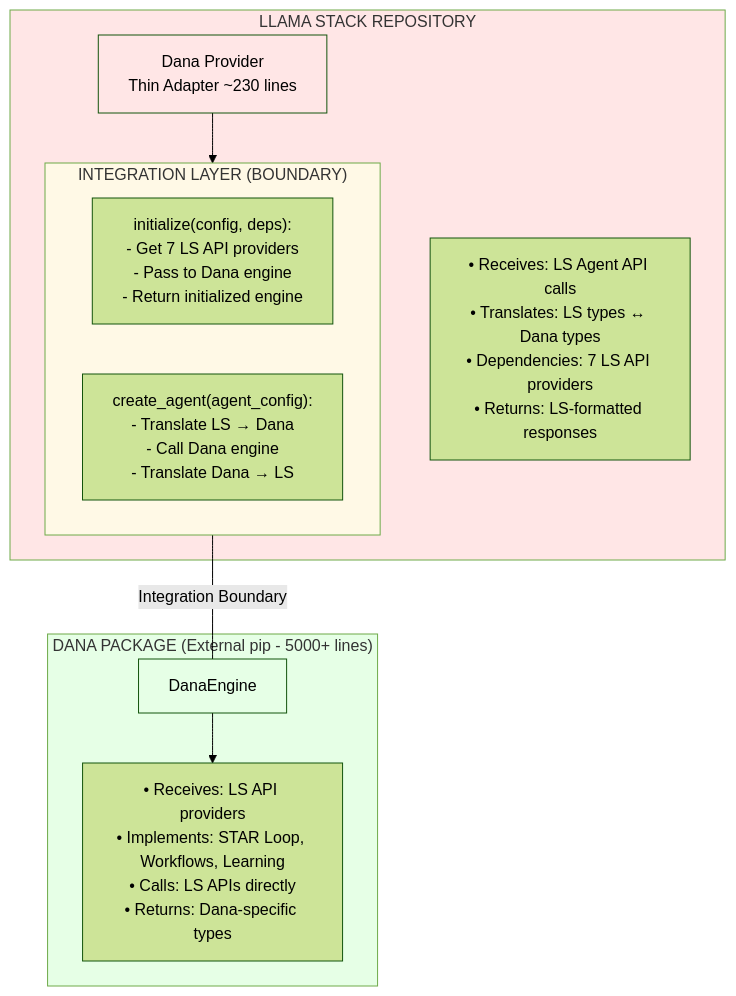
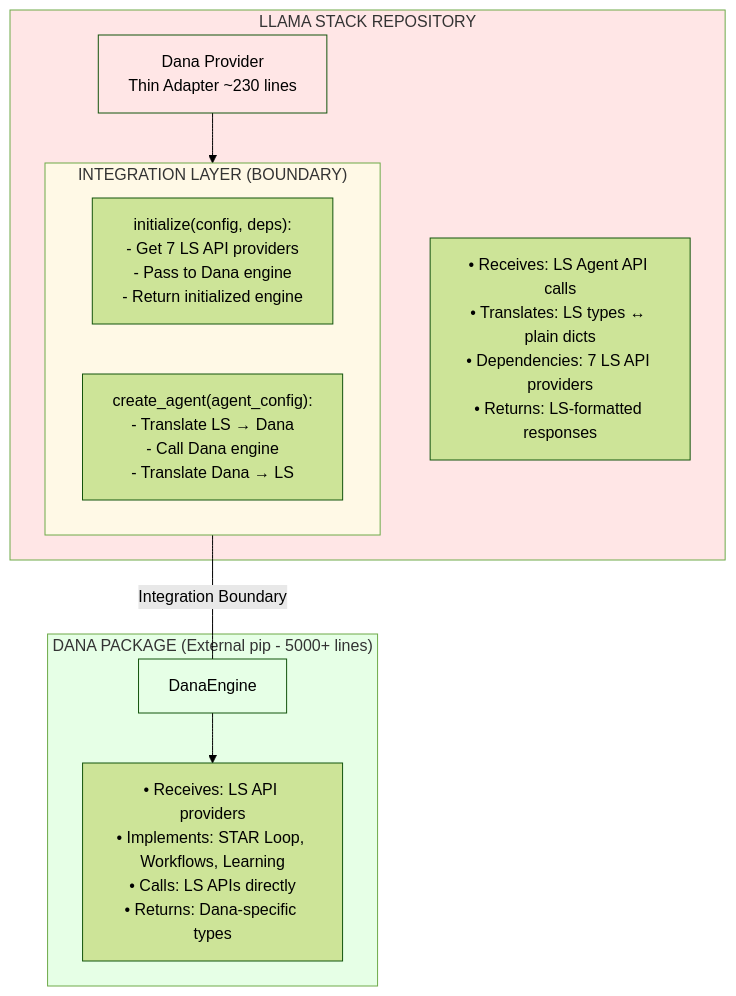
Before and after one commit to aitomatic/dana: the first of 5 diagrams in docs/llama-stack/INTEGRATION_POINTS.md, drawn with Mermaid (forest theme). The commit also changed other lines of this file, not shown here.

Commit message:
Define API contract flow

````diff
--- a/docs/llama-stack/INTEGRATION_POINTS.md
+++ b/docs/llama-stack/INTEGRATION_POINTS.md
@@ -5,28 +45,28 @@
 ```mermaid
 graph TB
     subgraph LS["LLAMA STACK REPOSITORY"]
         THIN[Dana Provider<br/>Thin Adapter ~230 lines]
-        THIN_DETAILS["• Receives: LS Agent API calls<br/>• Translates: LS types ↔ Dana types<br/>• Dependencies: 7 LS API providers<br/>• Returns: LS-formatted responses"]
+        THIN_DETAILS["• Receives: LS Agent API calls<br/>• Translates: LS types ↔ plain dicts<br/>• Dependencies: 7 LS API providers<br/>• Returns: LS-formatted responses"]
 
         subgraph BOUNDARY["INTEGRATION LAYER (BOUNDARY)"]
             INIT["initialize(config, deps):<br/>- Get 7 LS API providers<br/>- Pass to Dana engine<br/>- Return initialized engine"]
             CREATE["create_agent(agent_config):<br/>- Translate LS → Dana<br/>- Call Dana engine<br/>- Translate Dana → LS"]
         end
 
         THIN --> BOUNDARY
     end
 
     subgraph DANA_PKG["DANA PACKAGE (External pip - 5000+ lines)"]
         ENGINE[DanaEngine]
         ENGINE_DETAILS["• Receives: LS API providers<br/>• Implements: STAR Loop, Workflows, Learning<br/>• Calls: LS APIs directly<br/>• Returns: Dana-specific types"]
         ENGINE --> ENGINE_DETAILS
     end
 
     BOUNDARY ---|Integration Boundary| ENGINE
 
     style LS fill:#ffe6e6
     style BOUNDARY fill:#fff9e6
     style DANA_PKG fill:#e6ffe6
     style THIN fill:#ffe6e6
     style ENGINE fill:#e6ffe6
 ```
````
